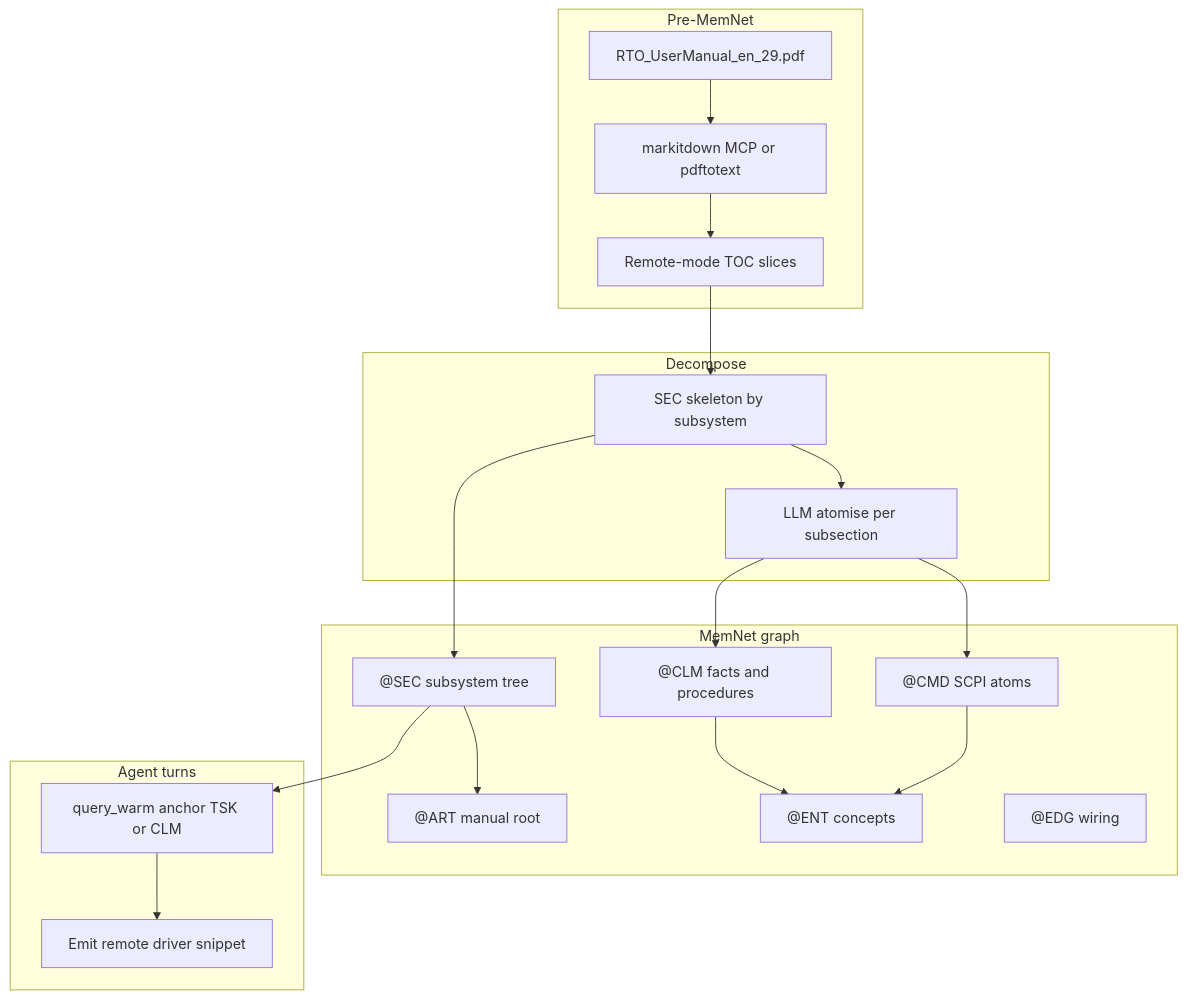
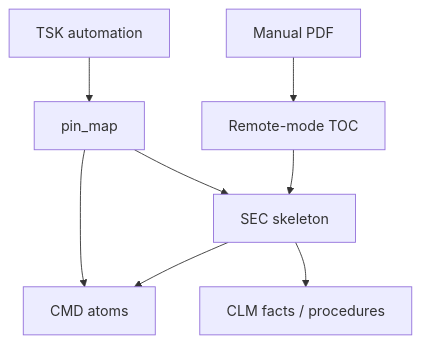
One commit to chouswei/MemNet changed the diagram in docs/application-notes/llm-tech-docs-decomposition.md. Above: the diagram before and after it, drawn with Mermaid. The commit also changed other lines of this file and 17 other files, not shown here.

````diff
--- a/docs/application-notes/llm-tech-docs-decomposition.md
+++ b/docs/application-notes/llm-tech-docs-decomposition.md
@@ -32,31 +27,10 @@
 ```mermaid
 flowchart TB
-  subgraph pre [Pre-MemNet]
-    PDF[RTO_UserManual_en_29.pdf]
-    EX[markitdown MCP or pdftotext]
-    TOC[Remote-mode TOC slices]
-  end
-  subgraph ingest [Decompose]
-    SK[SEC skeleton by subsystem]
-    AT[LLM atomise per subsection]
-  end
-  subgraph memnet_graph [MemNet graph]
-    ART["@ART manual root"]
-    SEC["@SEC subsystem tree"]
-    CLM["@CLM facts and procedures"]
-    CMD["@CMD SCPI atoms"]
-    ENT["@ENT concepts"]
-    EDG["@EDG wiring"]
-  end
-  subgraph use [Agent turns]
-    WARM[query_warm anchor TSK or CLM]
-    DRV[Emit remote driver snippet]
-  end
-  PDF --> EX --> TOC --> SK --> AT
-  AT --> CLM
-  AT --> CMD
-  SK --> SEC --> ART
-  CLM --> ENT
-  CMD --> ENT
-  SEC --> WARM --> DRV
+  PDF[Manual PDF] --> TOC[Remote-mode TOC]
+  TOC --> SEC[SEC skeleton]
+  SEC --> CMD[CMD atoms]
+  SEC --> CLM[CLM facts / procedures]
+  TSK[TSK automation] --> pin_map
+  pin_map --> SEC
+  pin_map --> CMD
 ```
````
